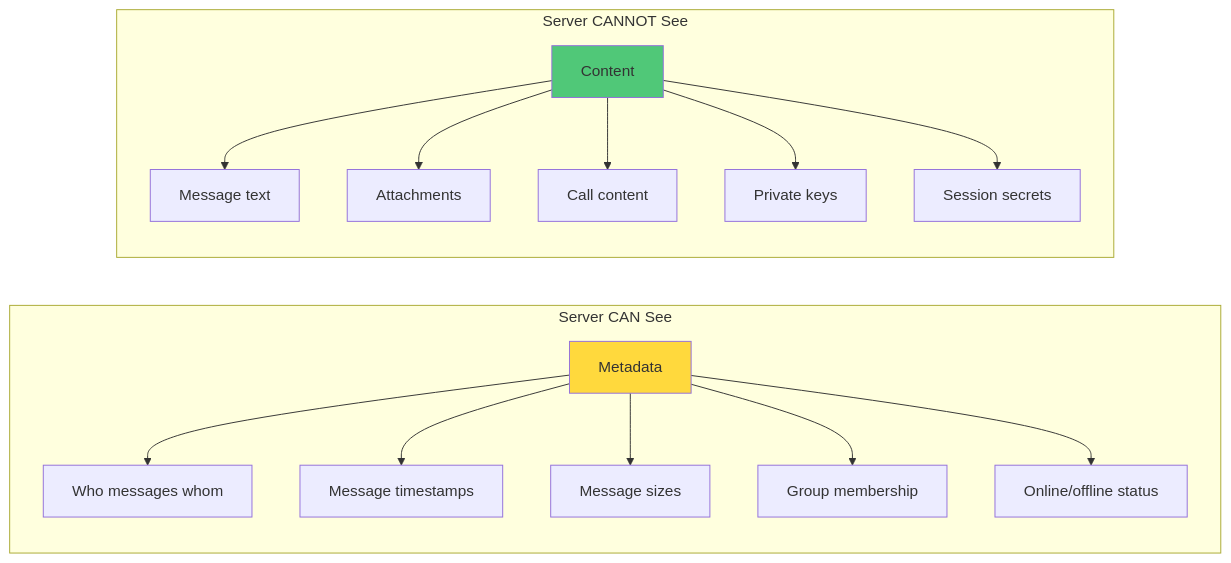
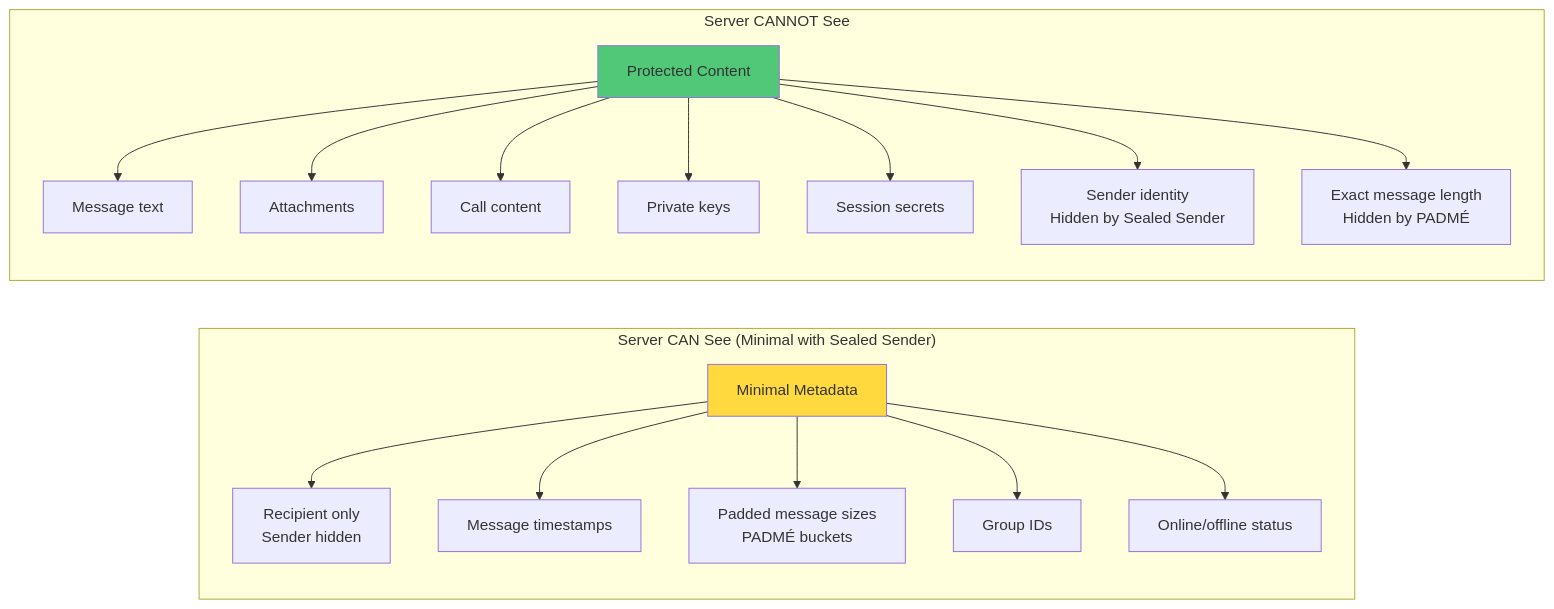
One commit to guardyn/guardyn changed diagram 23 of 23 in docs/ENCRYPTION_ARCHITECTURE.md. Above: the diagram before and after it, drawn with Mermaid. The commit also changed other lines of this file and 18 other files, not shown here.

````diff
--- a/docs/ENCRYPTION_ARCHITECTURE.md
+++ b/docs/ENCRYPTION_ARCHITECTURE.md
@@ -826,35 +1083,39 @@
 ```mermaid
 graph LR
-    subgraph "Server CAN See"
-        Metadata[Metadata]
-        M1[Who messages whom]
+    subgraph "Server CAN See (Minimal with Sealed Sender)"
+        Metadata[Minimal Metadata]
+        M1[Recipient only<br/>Sender hidden]
         M2[Message timestamps]
-        M3[Message sizes]
-        M4[Group membership]
+        M3[Padded message sizes<br/>PADMÉ buckets]
+        M4[Group IDs]
         M5[Online/offline status]
     end
 
     subgraph "Server CANNOT See"
-        Content[Content]
+        Content[Protected Content]
         C1[Message text]
         C2[Attachments]
         C3[Call content]
         C4[Private keys]
         C5[Session secrets]
+        C6[Sender identity<br/>Hidden by Sealed Sender]
+        C7[Exact message length<br/>Hidden by PADMÉ]
     end
 
     Metadata --> M1
     Metadata --> M2
     Metadata --> M3
     Metadata --> M4
     Metadata --> M5
 
     Content --> C1
     Content --> C2
     Content --> C3
     Content --> C4
     Content --> C5
+    Content --> C6
+    Content --> C7
 
     style Metadata fill:#FFD93D
     style Content fill:#50C878
 ```
````
